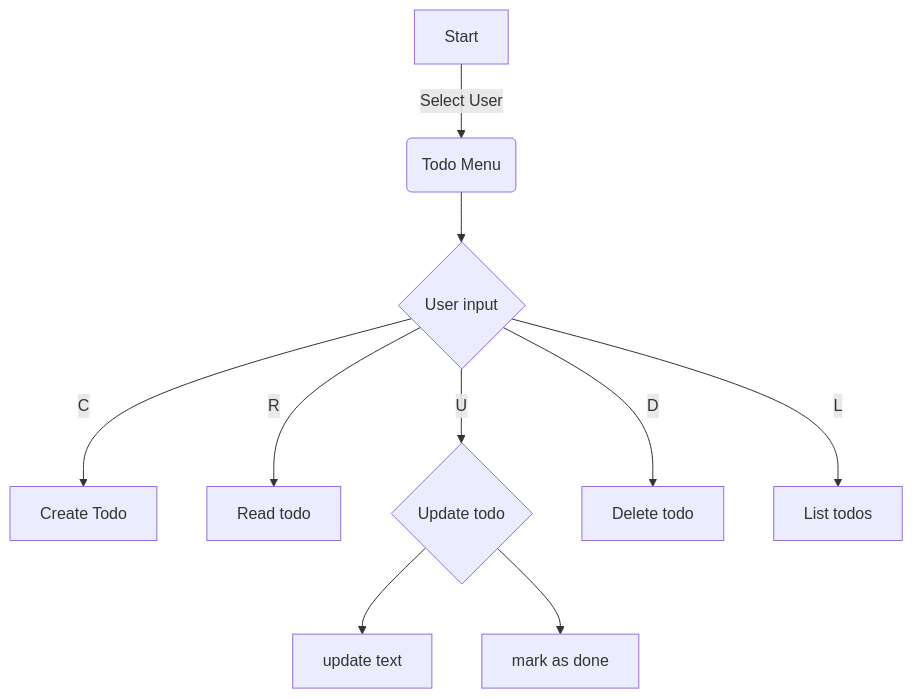
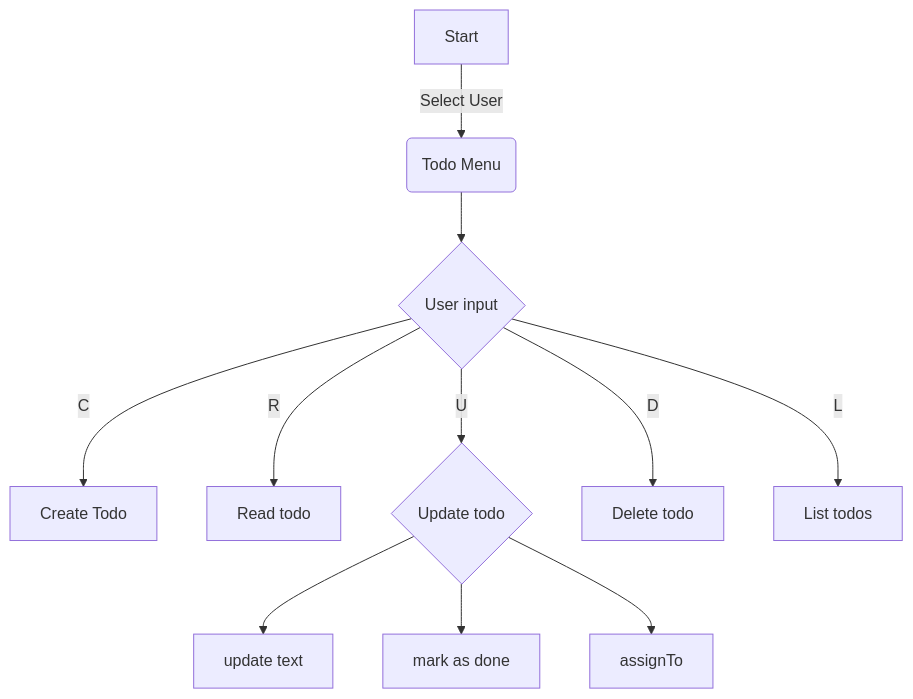
The first of 2 diagrams in TDDproject/UserFlow.md (Campus-Molndal-JIN23/todolist-Bremmster), drawn with Mermaid before and after one commit.

````diff
--- a/TDDproject/UserFlow.md
+++ b/TDDproject/UserFlow.md
@@ -1,12 +1,13 @@
 ``` mermaid
 flowchart TD
     A[Start] -->|Select User| B(Todo Menu)
     B -->C{User input}
     C -->|C| D[Create Todo]
     C -->|R| E[Read todo]
     C -->|U| F{Update todo}
     F --> F1[update text]
     F --> F2[mark as done]
+    F --> F3[assignTo]
     C --> |D|G[Delete todo]
     C --> |L|H[List todos]
 ```
````
